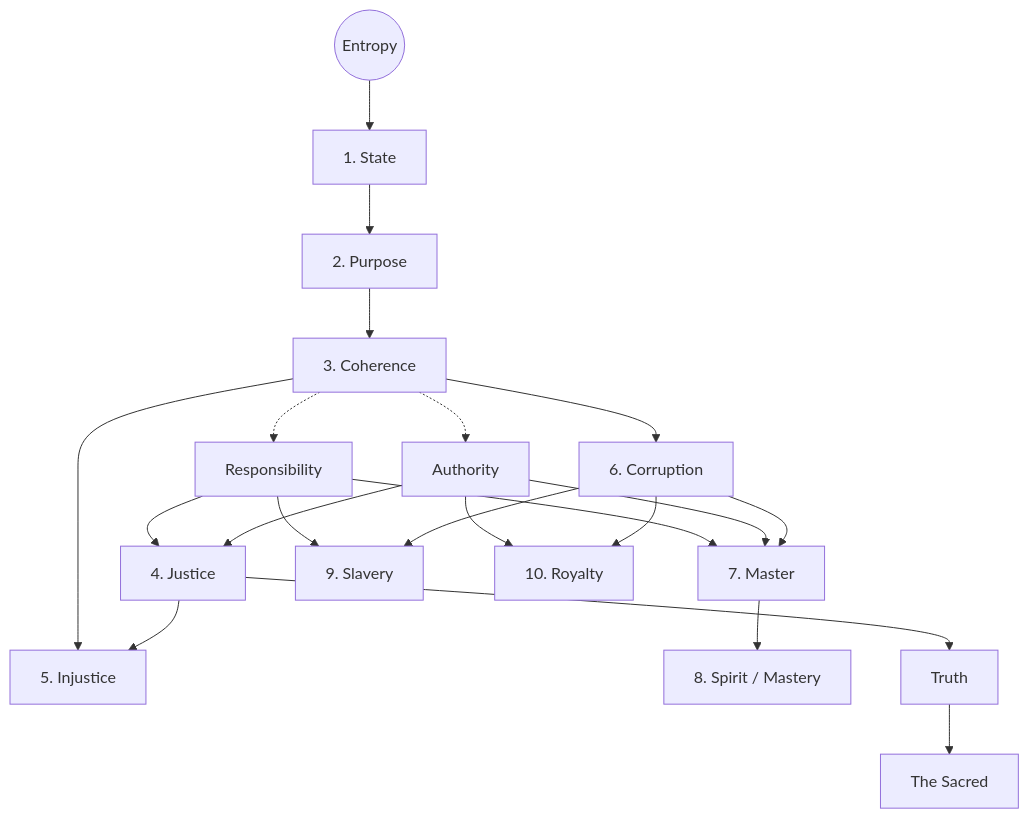
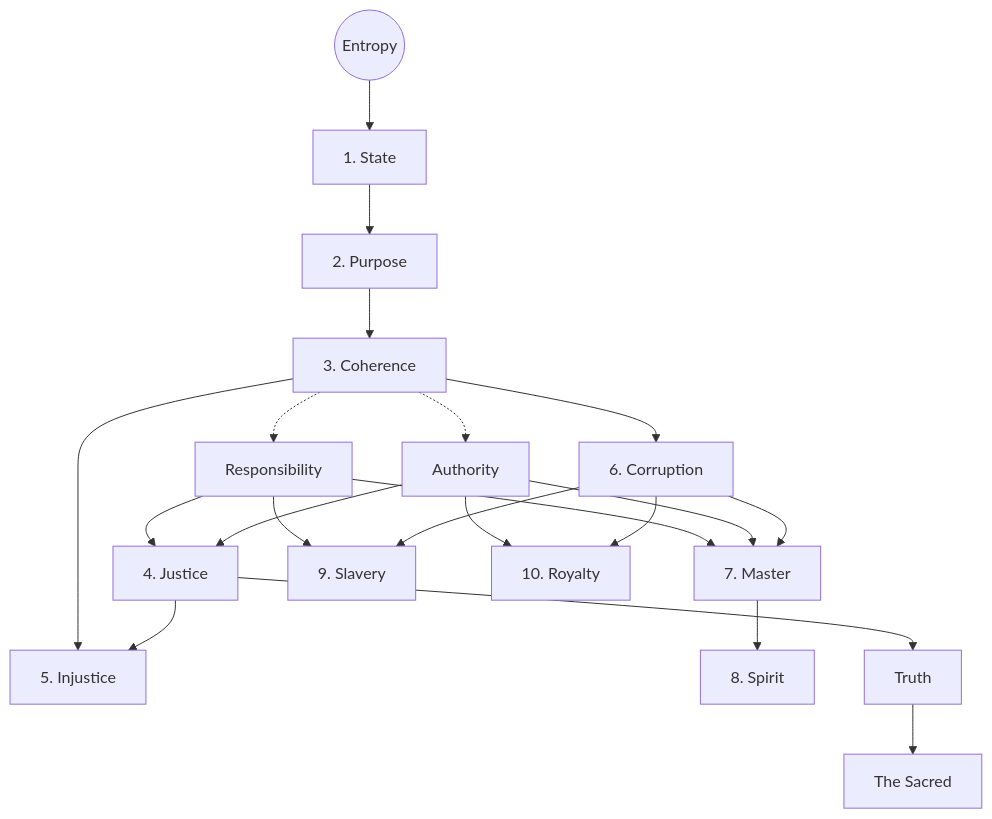
The first of 2 diagrams in content/blog/axiosophism.md (nrdxp/nrd.sh), drawn with Mermaid before and after one commit. The commit also changed other lines of this file, not shown here.

````diff
--- a/content/blog/axiosophism.md
+++ b/content/blog/axiosophism.md
@@ -70,23 +90,23 @@
 ```mermaid
 graph TD
     E((Entropy)) --> S["1. State"]
     S --> P["2. Purpose"]
     P --> C["3. Coherence"]
-    C -.-> R1["Responsibility"]
-    C -.-> A1["Authority"]
-    R1 --> J["4. Justice"]
-    A1 --> J
+    C -.-> R["Responsibility"]
+    C -.-> A["Authority"]
+    R --> J["4. Justice"]
+    A --> J
     C --> I["5. Injustice"]
     J --> I
     C --> K["6. Corruption"]
-    R1 --> M["7. Master"]
-    A1 --> M
+    R --> M["7. Master"]
+    A --> M
     K --> M
-    M --> Sp["8. Spirit / Mastery"]
-    R1 --> Sl["9. Slavery"]
+    M --> Sp["8. Spirit"]
+    R --> Sl["9. Slavery"]
     K --> Sl
-    A1 --> Ro["10. Royalty"]
+    A --> Ro["10. Royalty"]
     K --> Ro
     J --> T["Truth"]
     T --> Sc["The Sacred"]
 ```
````
